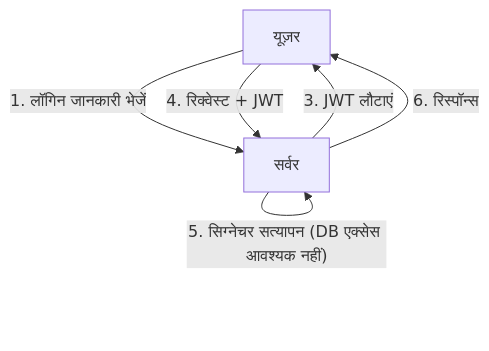
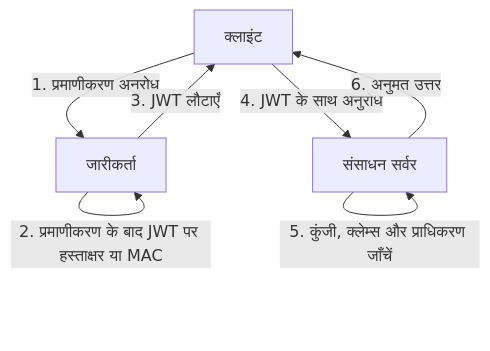
One commit to kenjinote/blog changed the second of 3 diagrams in content/post/jwt-json-web-token-security-risks/index.hi.md. Above: the diagram before and after it, drawn with Mermaid. The commit also changed other lines of this file and 7 other files, not shown here.

````diff
--- a/content/post/jwt-json-web-token-security-risks/index.hi.md
+++ b/content/post/jwt-json-web-token-security-risks/index.hi.md
@@ -47,9 +42,9 @@
 ```mermaid
 graph TD
-    A["यूज़र"] -- "1. लॉगिन जानकारी भेजें" --> B["सर्वर"]
-    B -- "2. सत्यापन और JWT जनरेट करें (सिग्नेचर)" --> B
-    B -- "3. JWT लौटाएं" --> A
-    A -- "4. रिक्वेस्ट + JWT" --> B
-    B -- "5. सिग्नेचर सत्यापन (DB एक्सेस आवश्यक नहीं)" --> B
-    B -- "6. रिस्पॉन्स" --> A
+    A["क्लाइंट"] -- "1. प्रमाणीकरण अनुरोध" --> B["जारीकर्ता"]
+    B -- "2. प्रमाणीकरण के बाद JWT पर हस्ताक्षर या MAC" --> B
+    B -- "3. JWT लौटाएँ" --> A
+    A -- "4. JWT के साथ अनुरोध" --> C["संसाधन सर्वर"]
+    C -- "5. कुंजी, क्लेम्स और प्राधिकरण जाँचें" --> C
+    C -- "6. अनुमत उत्तर" --> A
 ```
````
